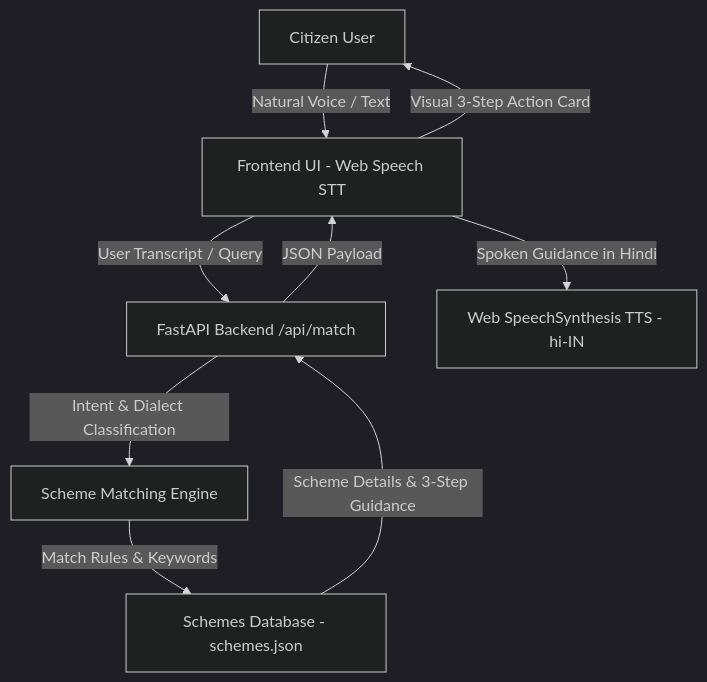
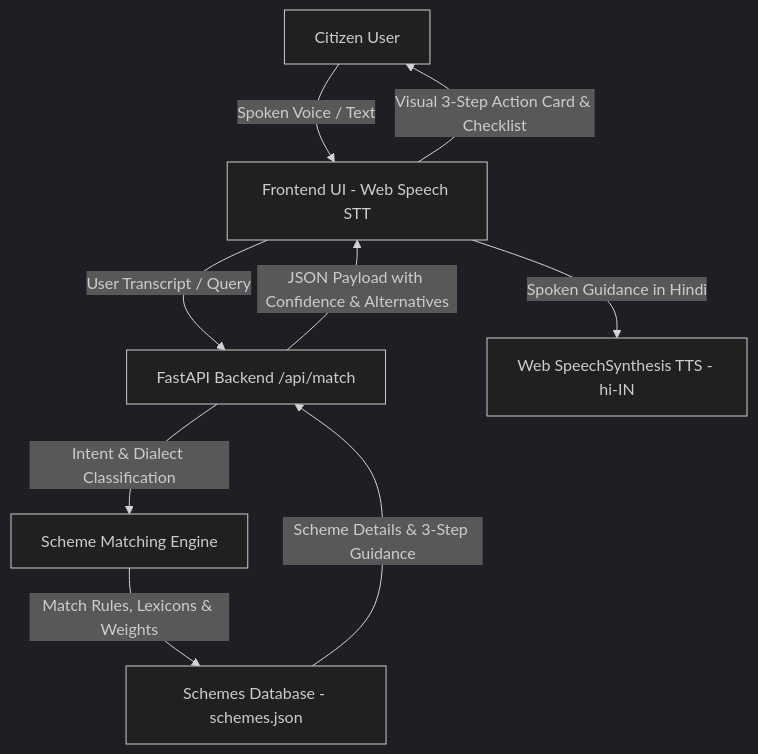
Before and after one commit to pragatisinghh2245-droid/catalystHack-project: the diagram in README.md, drawn with Mermaid (dark theme). The commit also changed other lines of this file, not shown here.

````diff
--- a/README.md
+++ b/README.md
@@ -63,11 +74,11 @@
 ```mermaid
 graph TD
-    A[Citizen User] -->|Natural Voice / Text| B[Frontend UI - Web Speech STT]
+    A[Citizen User] -->|Spoken Voice / Text| B[Frontend UI - Web Speech STT]
     B -->|User Transcript / Query| C[FastAPI Backend /api/match]
     C -->|Intent & Dialect Classification| D[Scheme Matching Engine]
-    D -->|Match Rules & Keywords| E[Schemes Database - schemes.json]
+    D -->|Match Rules, Lexicons & Weights| E[Schemes Database - schemes.json]
     E -->|Scheme Details & 3-Step Guidance| C
-    C -->|JSON Payload| B
+    C -->|JSON Payload with Confidence & Alternatives| B
     B -->|Spoken Guidance in Hindi| F[Web SpeechSynthesis TTS - hi-IN]
-    B -->|Visual 3-Step Action Card| A
+    B -->|Visual 3-Step Action Card & Checklist| A
 ```
````
